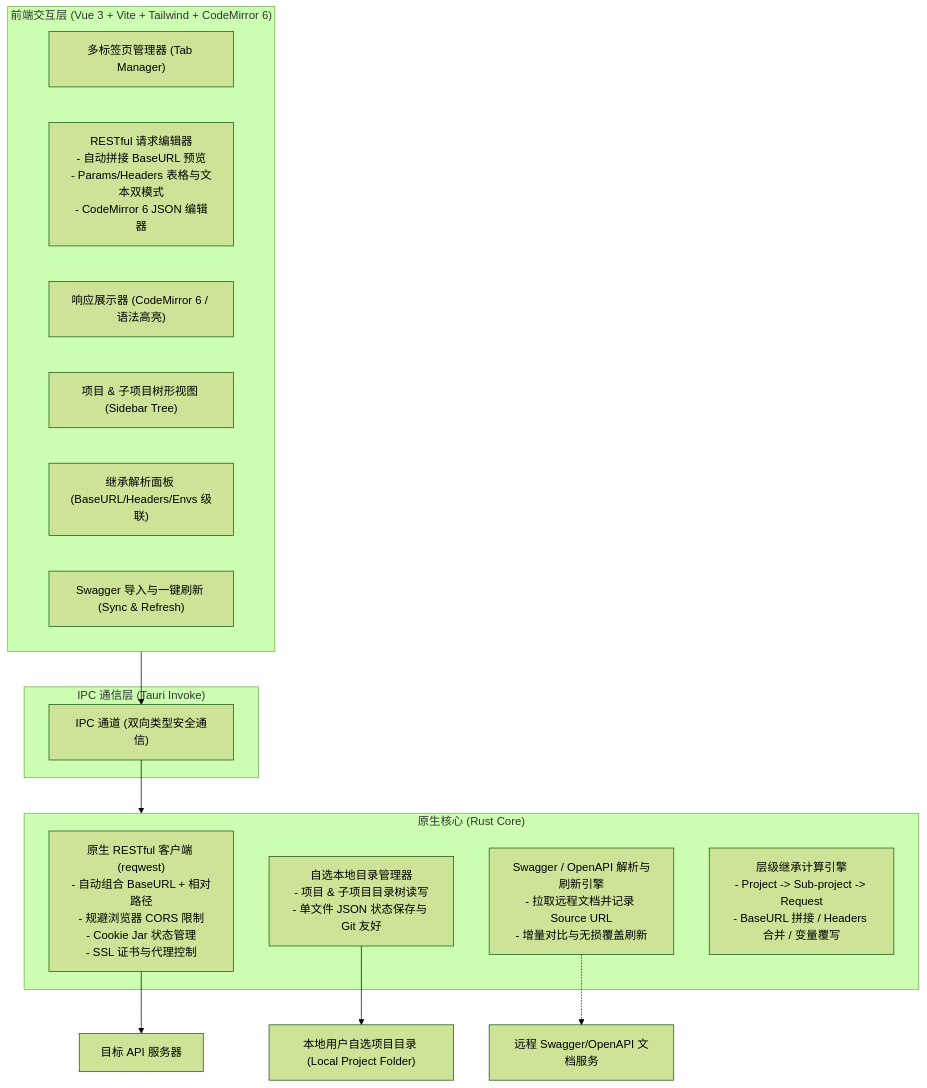
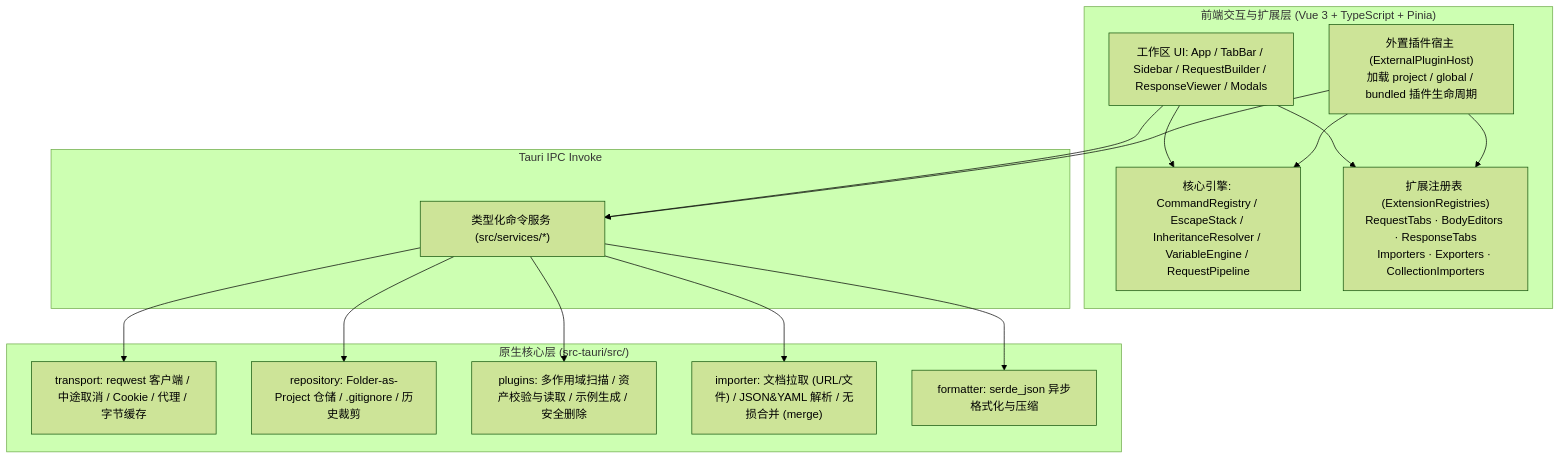
Before and after one commit to Cloak520/JustAPI: the diagram in README.md, drawn with Mermaid (forest theme). The commit also changed other lines of this file and 116 other files, not shown here.

Commit message:
feat: rebuild modular architecture, add quick search, variable autocomplete, deep OpenAPI parser, and fix core bugs

````diff
--- a/README.md
+++ b/README.md
@@ -55,28 +93,33 @@
 ```mermaid
 flowchart TD
-    subgraph UI ["前端交互层 (Vue 3 + Vite + Tailwind + CodeMirror 6)"]
-        UI_Tab["多标签页管理器 (Tab Manager)"]
-        UI_Builder["RESTful 请求编辑器\n- 自动拼接 BaseURL 预览\n- Params/Headers 表格与文本双模式\n- CodeMirror 6 JSON 编辑器"]
-        UI_Viewer["响应展示器 (CodeMirror 6 / 语法高亮)"]
-        UI_Sidebar["项目 & 子项目树形视图 (Sidebar Tree)"]
-        UI_Inherit["继承解析面板 (BaseURL/Headers/Envs 级联)"]
-        UI_Swagger["Swagger 导入与一键刷新 (Sync & Refresh)"]
+    subgraph Frontend["前端交互与扩展层 (Vue 3 + TypeScript + Pinia)"]
+        UI["工作区 UI: App / TabBar / Sidebar / RequestBuilder / ResponseViewer / Modals"]
+        Core["核心引擎: CommandRegistry / EscapeStack / InheritanceResolver / VariableEngine / RequestPipeline"]
+        Registries["扩展注册表 (ExtensionRegistries)\nRequestTabs · BodyEditors · ResponseTabs\nImporters · Exporters · CollectionImporters"]
+        PluginHost["外置插件宿主 (ExternalPluginHost)\n加载 project / global / bundled 插件生命周期"]
     end
 
-    subgraph CoreBridge ["IPC 通信层 (Tauri Invoke)"]
-        Bridge["IPC 通道 (双向类型安全通信)"]
+    subgraph IPC["Tauri IPC Invoke"]
+        Bridge["类型化命令服务 (src/services/*)"]
     end
 
-    subgraph NativeCore ["原生核心 (Rust Core)"]
-        HTTPClient["原生 RESTful 客户端 (reqwest)\n- 自动组合 BaseURL + 相对路径\n- 规避浏览器 CORS 限制\n- Cookie Jar 状态管理\n- SSL 证书与代理控制"]
-        ProjectStore["自选本地目录管理器\n- 项目 & 子项目目录树读写\n- 单文件 JSON 状态保存与 Git 友好"]
-        SwaggerEngine["Swagger / OpenAPI 解析与刷新引擎\n- 拉取远程文档并记录 Source URL\n- 增量对比与无损覆盖刷新"]
-        CascadingResolver["层级继承计算引擎\n- Project -> Sub-project -> Request\n- BaseURL 拼接 / Headers 合并 / 变量覆写"]
+    subgraph RustCore["原生核心层 (src-tauri/src/)"]
+        Transport["transport: reqwest 客户端 / 中途取消 / Cookie / 代理 / 字节缓存"]
+        Repo["repository: Folder-as-Project 仓储 / .gitignore / 历史裁剪"]
+        Plugins["plugins: 多作用域扫描 / 资产校验与读取 / 示例生成 / 安全删除"]
+        Importer["importer: 文档拉取 (URL/文件) / JSON&YAML 解析 / 无损合并 (merge)"]
+        Formatter["formatter: serde_json 异步格式化与压缩"]
     end
 
+    UI --> Core
+    UI --> Registries
+    PluginHost --> Registries
+    PluginHost --> Core
     UI --> Bridge
-    Bridge --> NativeCore
-    HTTPClient --> TargetServer["目标 API 服务器"]
-    ProjectStore --> LocalDisk["本地用户自选项目目录 (Local Project Folder)"]
-    SwaggerEngine -.-> RemoteSwagger["远程 Swagger/OpenAPI 文档服务"]
+    PluginHost --> Bridge
+    Bridge --> Transport
+    Bridge --> Repo
+    Bridge --> Plugins
+    Bridge --> Importer
+    Bridge --> Formatter
 ```
````
